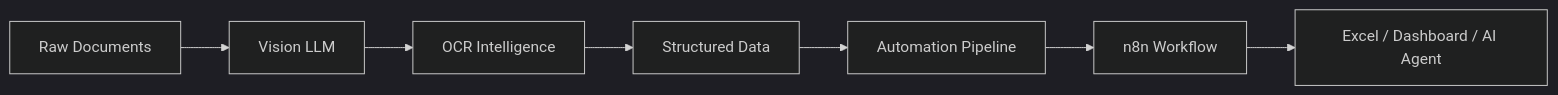
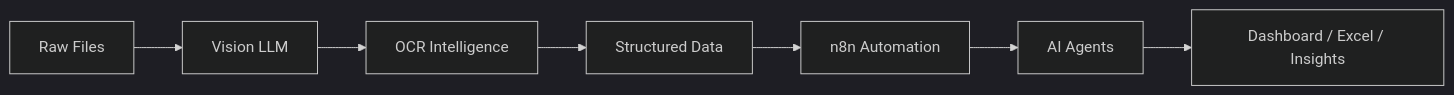
One commit to bharathvk75/bharathvk75 changed the diagram in README.md. Above: the diagram before and after it, drawn with Mermaid (dark theme). The commit also changed other lines of this file, not shown here.

````diff
--- a/README.md
+++ b/README.md
@@ -102,10 +87,10 @@
 ```mermaid
 flowchart LR
 
-A[Raw Documents] --> B[Vision LLM]
+A[Raw Files] --> B[Vision LLM]
 B --> C[OCR Intelligence]
 C --> D[Structured Data]
-D --> E[Automation Pipeline]
-E --> F[n8n Workflow]
-F --> G[Excel / Dashboard / AI Agent]
+D --> E[n8n Automation]
+E --> F[AI Agents]
+F --> G[Dashboard / Excel / Insights]
 ```
````
